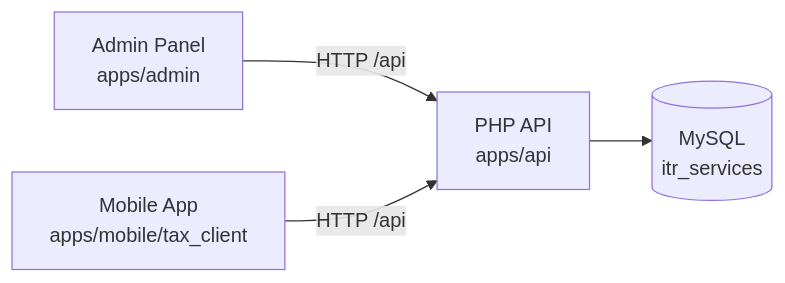
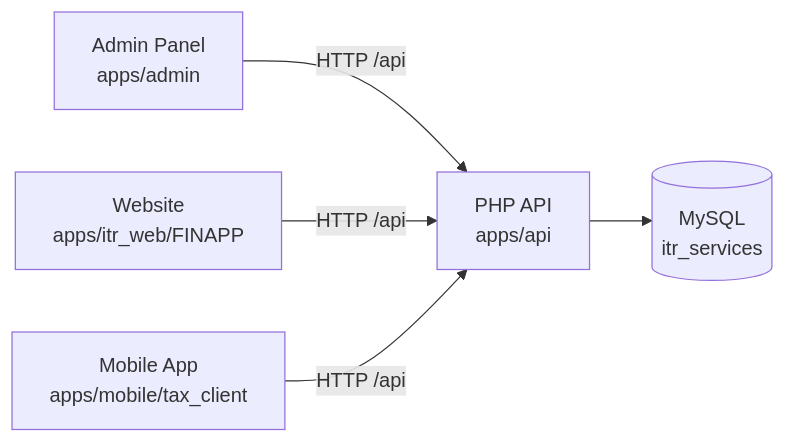
The diagram in README.md (himanshuyadav146/itr-platform), drawn with Mermaid before and after one commit. The commit also changed other lines of this file and 204 other files, not shown here.

````diff
--- a/README.md
+++ b/README.md
@@ -35,6 +37,7 @@
 ```mermaid
 flowchart LR
   Admin["Admin Panel\napps/admin"] -->|HTTP /api| API["PHP API\napps/api"]
+  Web["Website\napps/itr_web/FINAPP"] -->|HTTP /api| API
   Mobile["Mobile App\napps/mobile/tax_client"] -->|HTTP /api| API
   API --> MySQL[(MySQL\nitr_services)]
 ```
````
